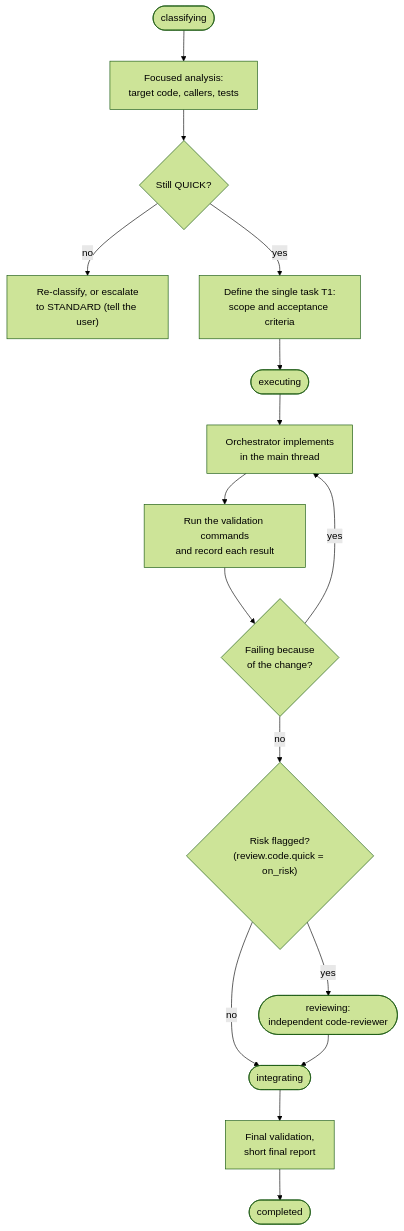
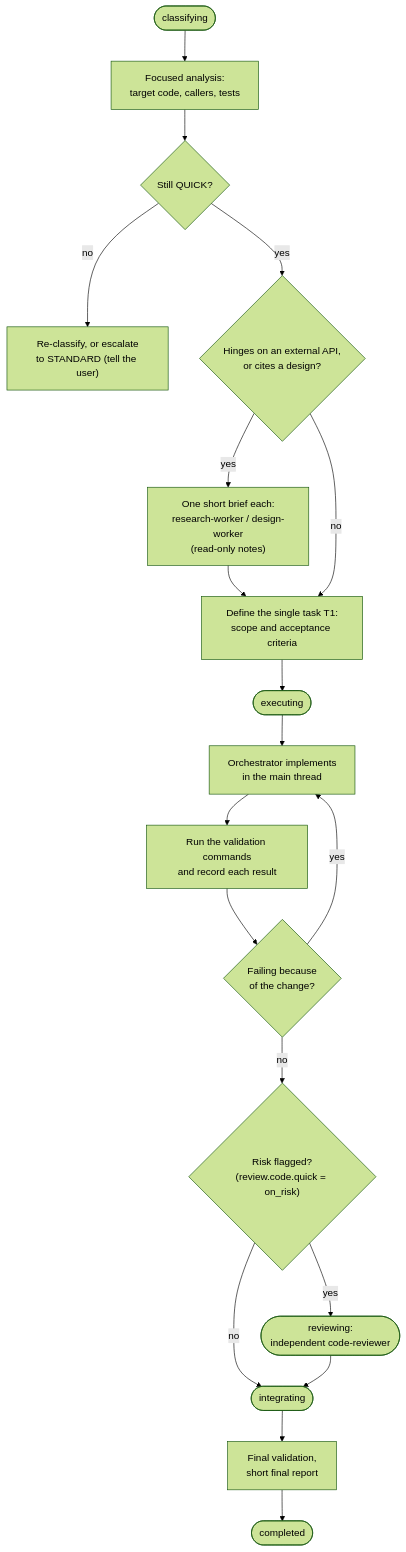
The second of 6 diagrams in docs/guide/workflows.md (leoarkiteto/ai-software-factory-kit), drawn with Mermaid (forest theme) before and after one commit. The commit also changed other lines of this file and 17 other files, not shown here.

First line of the commit message:
Show the research and design workers in the diagrams

````diff
--- a/docs/guide/workflows.md
+++ b/docs/guide/workflows.md
@@ -36,18 +36,21 @@
 ```mermaid
 flowchart TD
     S(["classifying"]) --> A["Focused analysis:<br/>target code, callers, tests"]
     A --> B{"Still QUICK?"}
     B -- no --> ESC["Re-classify, or escalate<br/>to STANDARD (tell the user)"]
-    B -- yes --> T["Define the single task T1:<br/>scope and acceptance criteria"]
+    B -- yes --> RQ{"Hinges on an external API,<br/>or cites a design?"}
+    RQ -- yes --> RB["One short brief each:<br/>research-worker / design-worker<br/>(read-only notes)"]
+    RB --> T
+    RQ -- no --> T["Define the single task T1:<br/>scope and acceptance criteria"]
     T --> X(["executing"])
     X --> I["Orchestrator implements<br/>in the main thread"]
     I --> V["Run the validation commands<br/>and record each result"]
     V --> F{"Failing because<br/>of the change?"}
     F -- yes --> I
     F -- no --> R{"Risk flagged?<br/>(review.code.quick = on_risk)"}
     R -- yes --> RV(["reviewing:<br/>independent code-reviewer"])
     R -- no --> IN(["integrating"])
     RV --> IN
     IN --> FIN["Final validation,<br/>short final report"]
     FIN --> C(["completed"])
 ```
````
